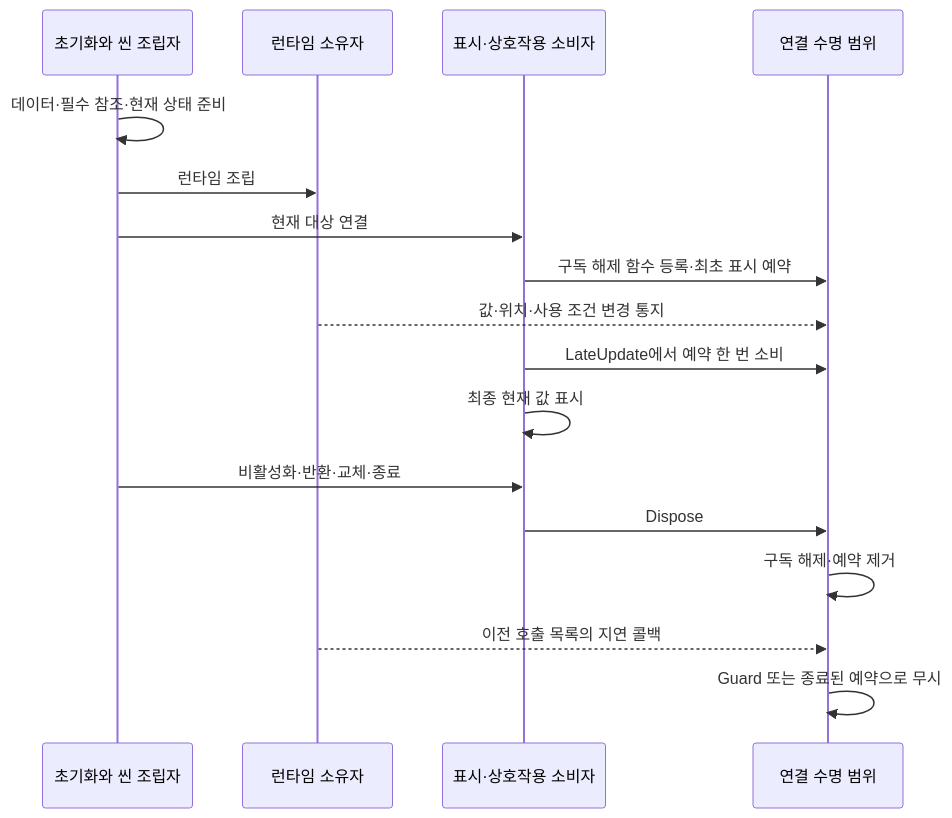
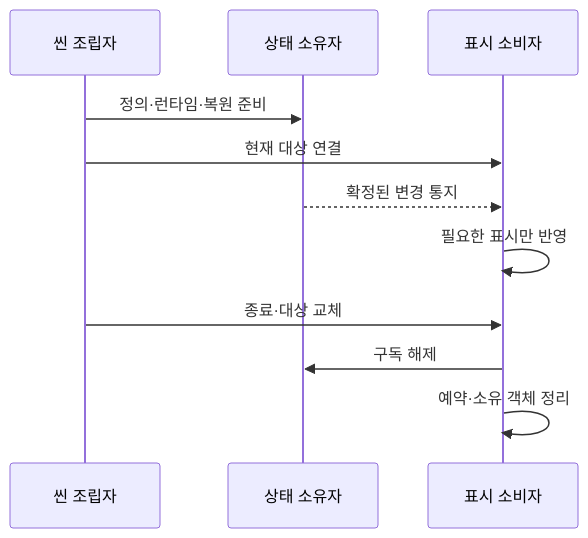
The second of 2 diagrams in Docs/개발자용 설계문서/현재 구현과 검증 현황.md (lkhwcf-arch/Human_Ghost-), drawn with Mermaid before and after one commit. The commit also changed other lines of this file and 10 other files, not shown here.

````diff
--- a/Docs/개발자용 설계문서/현재 구현과 검증 현황.md
+++ b/Docs/개발자용 설계문서/현재 구현과 검증 현황.md
@@ -169,19 +69,13 @@
 ```mermaid
 sequenceDiagram
- participant S as 초기화와 씬 조립자
- participant R as 런타임 소유자
- participant V as 표시·상호작용 소비자
- participant L as 연결 수명 범위
- S->>S: 데이터·필수 참조·현재 상태 준비
- S->>R: 런타임 조립
- S->>V: 현재 대상 연결
- V->>L: 구독 해제 함수 등록·최초 표시 예약
- R-->>L: 값·위치·사용 조건 변경 통지
- V->>L: LateUpdate에서 예약 한 번 소비
- V->>V: 최종 현재 값 표시
- S->>V: 비활성화·반환·교체·종료
- V->>L: Dispose
- L->>L: 구독 해제·예약 제거
- R-->>L: 이전 호출 목록의 지연 콜백
- L->>L: Guard 또는 종료된 예약으로 무시
+    participant C as 씬 조립자
+    participant R as 상태 소유자
+    participant V as 표시 소비자
+    C->>R: 정의·런타임·복원 준비
+    C->>V: 현재 대상 연결
+    R-->>V: 확정된 변경 통지
+    V->>V: 필요한 표시만 반영
+    C->>V: 종료·대상 교체
+    V->>R: 구독 해제
+    V->>V: 예약·소유 객체 정리
 ```
````
